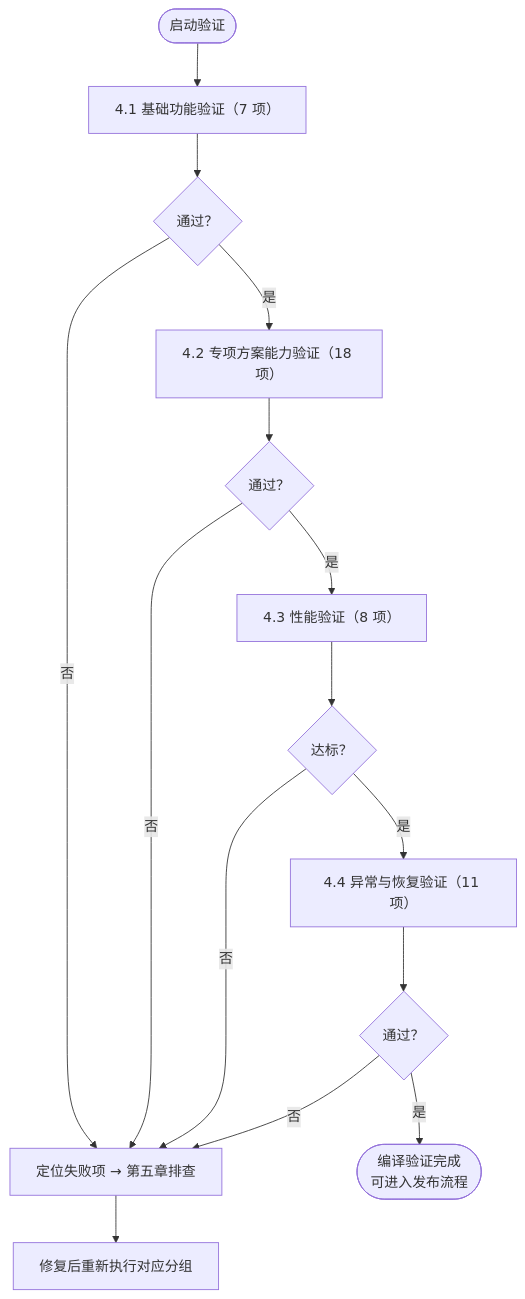
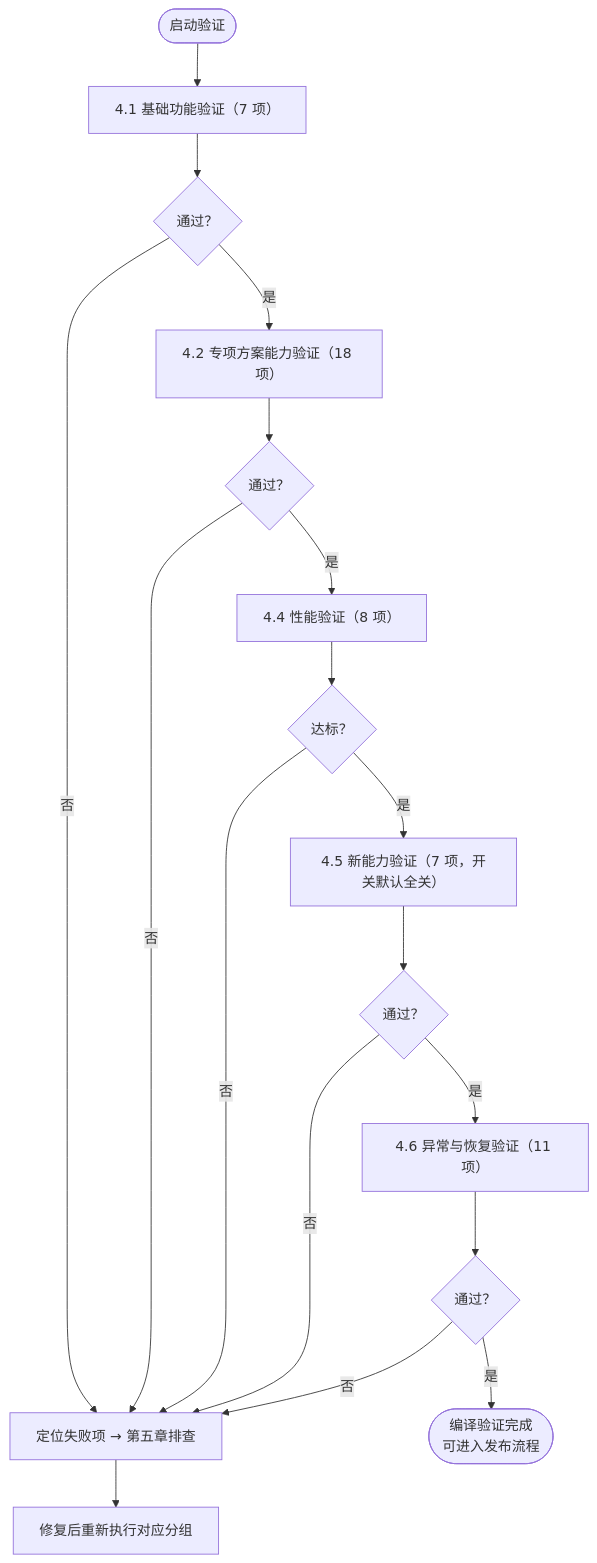
One commit to he-fei-ai/bidforge-jiangong changed the fourth of 6 diagrams in docs/软件编译计划书.MD. Above: the diagram before and after it, drawn with Mermaid. The commit also changed other lines of this file and 2 other files, not shown here.

First line of the commit message:
docs: 主文档更新至 v5.4，合并 v5.3 图集并对齐 2026-11-09 实测数字

````diff
--- a/docs/软件编译计划书.MD
+++ b/docs/软件编译计划书.MD
@@ -379,17 +378,20 @@
 ```mermaid
 flowchart TD
     A(["启动验证"]) --> B["4.1 基础功能验证（7 项）"]
     B --> C{"通过？"}
     C -->|否| X["定位失败项 → 第五章排查"]
     C -->|是| D["4.2 专项方案能力验证（18 项）"]
     D --> E{"通过？"}
     E -->|否| X
-    E -->|是| F["4.3 性能验证（8 项）"]
+    E -->|是| F["4.4 性能验证（8 项）"]
     F --> G{"达标？"}
     G -->|否| X
-    G -->|是| H["4.4 异常与恢复验证（11 项）"]
+    G -->|是| N["4.5 新能力验证（7 项，开关默认全关）"]
+    N --> N1{"通过？"}
+    N1 -->|否| X
+    N1 -->|是| H["4.6 异常与恢复验证（11 项）"]
     H --> I{"通过？"}
     I -->|否| X
     I -->|是| J(["编译验证完成<br/>可进入发布流程"])
     X --> J2["修复后重新执行对应分组"]
 ```
````
